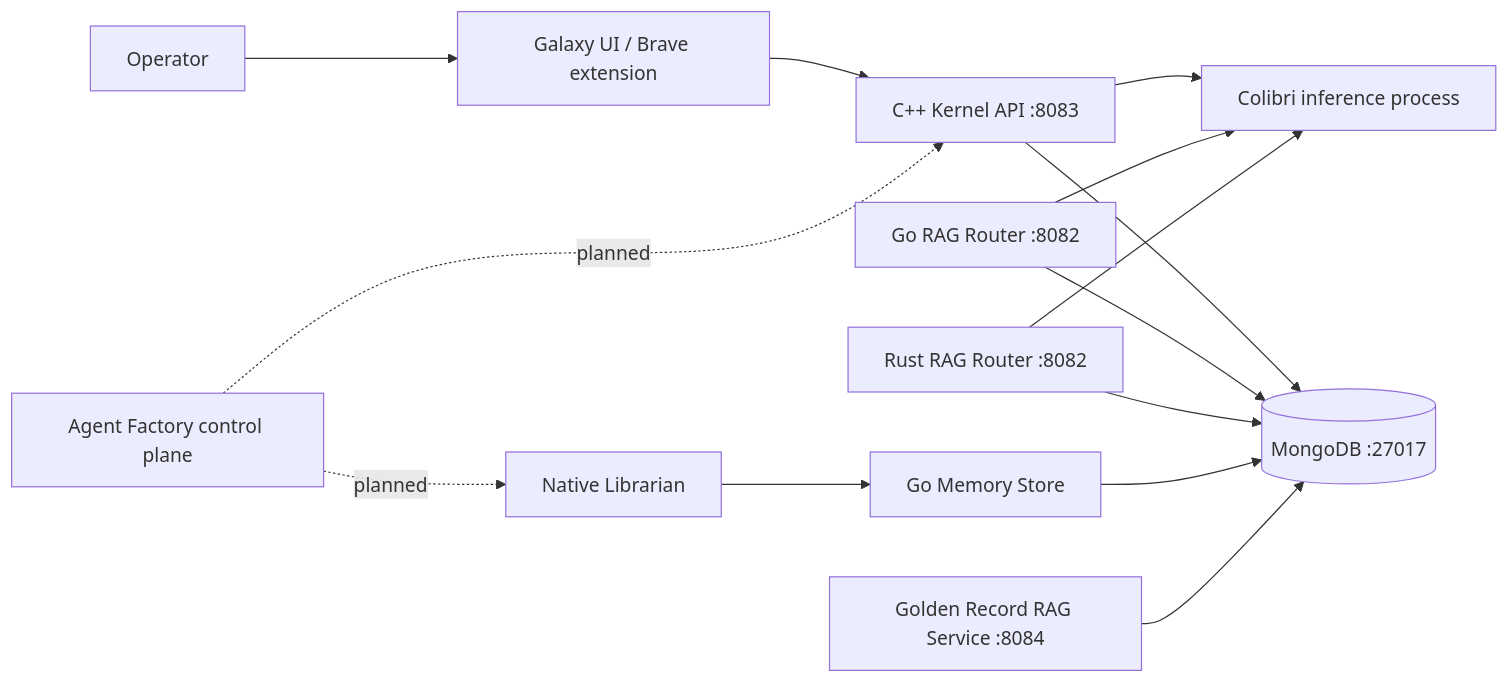
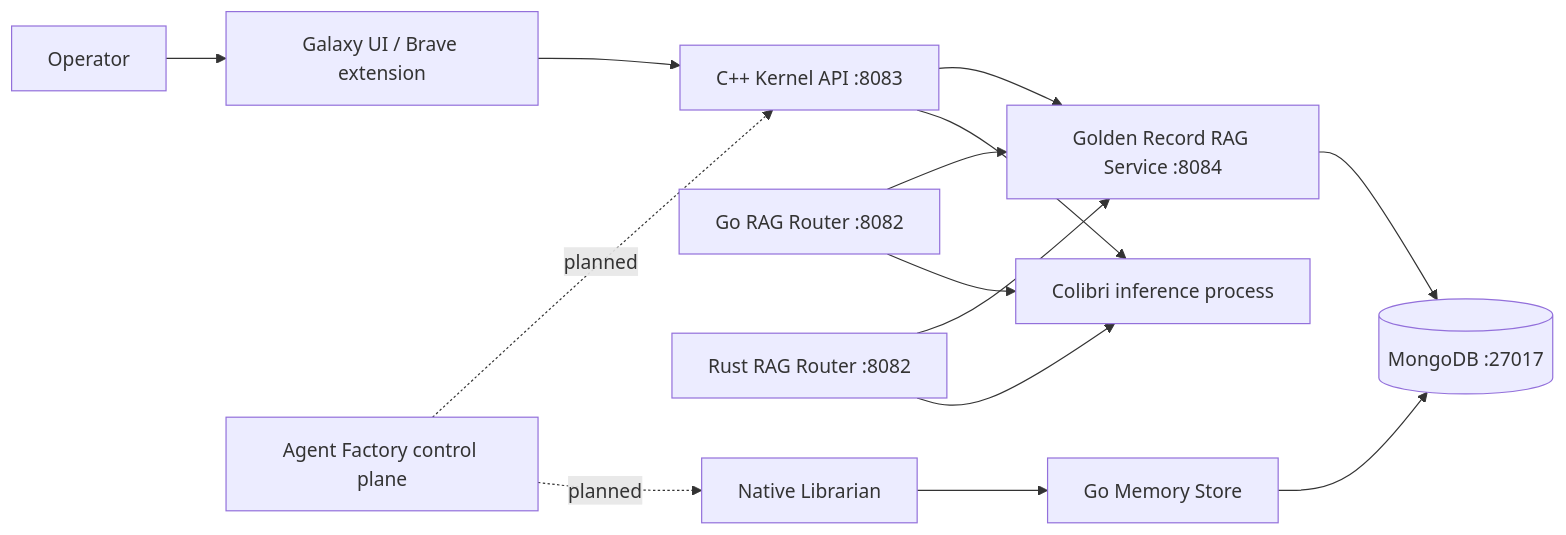
Before and after one commit to usrname1git/GodBrain: the first of 4 diagrams in ARCHITECTURE.md, drawn with Mermaid. The commit also changed other lines of this file and 15 other files, not shown here.

First line of the commit message:
Serve Galaxy graph from Golden Record rag_documents

````diff
--- a/ARCHITECTURE.md
+++ b/ARCHITECTURE.md
@@ -40,28 +40,28 @@
 ```mermaid
 flowchart LR
     Operator[Operator]
     UI[Galaxy UI / Brave extension]
     Kernel[C++ Kernel API :8083]
     GoRouter[Go RAG Router :8082]
     RustRouter[Rust RAG Router :8082]
     Mongo[(MongoDB :27017)]
     Colibri[Colibri inference process]
     Librarian[Native Librarian]
     Memory[Go Memory Store]
     RAG[Golden Record RAG Service :8084]
     Factory[Agent Factory control plane]
 
     Operator --> UI
     UI --> Kernel
-    Kernel --> Mongo
+    Kernel --> RAG
     Kernel --> Colibri
-    GoRouter --> Mongo
+    GoRouter --> RAG
     GoRouter --> Colibri
-    RustRouter --> Mongo
+    RustRouter --> RAG
     RustRouter --> Colibri
     Librarian --> Memory
     Memory --> Mongo
     RAG --> Mongo
     Factory -. planned .-> Kernel
     Factory -. planned .-> Librarian
 ```
````
